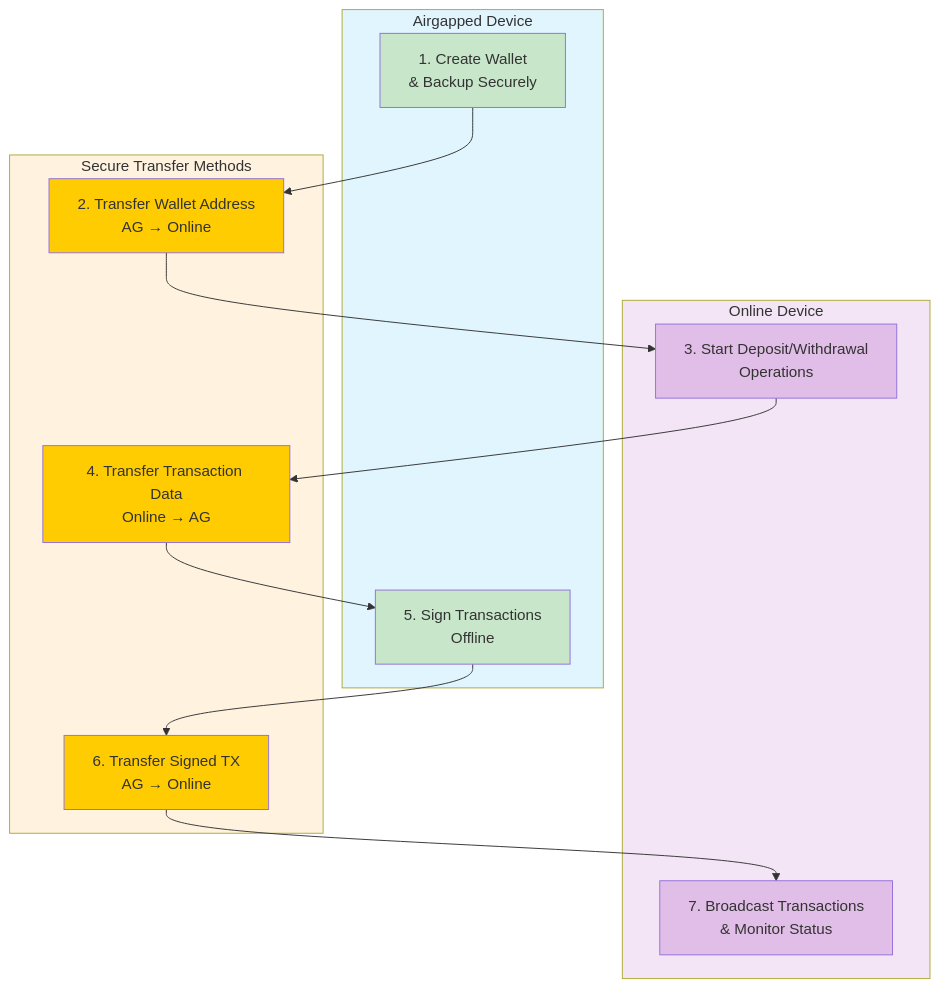
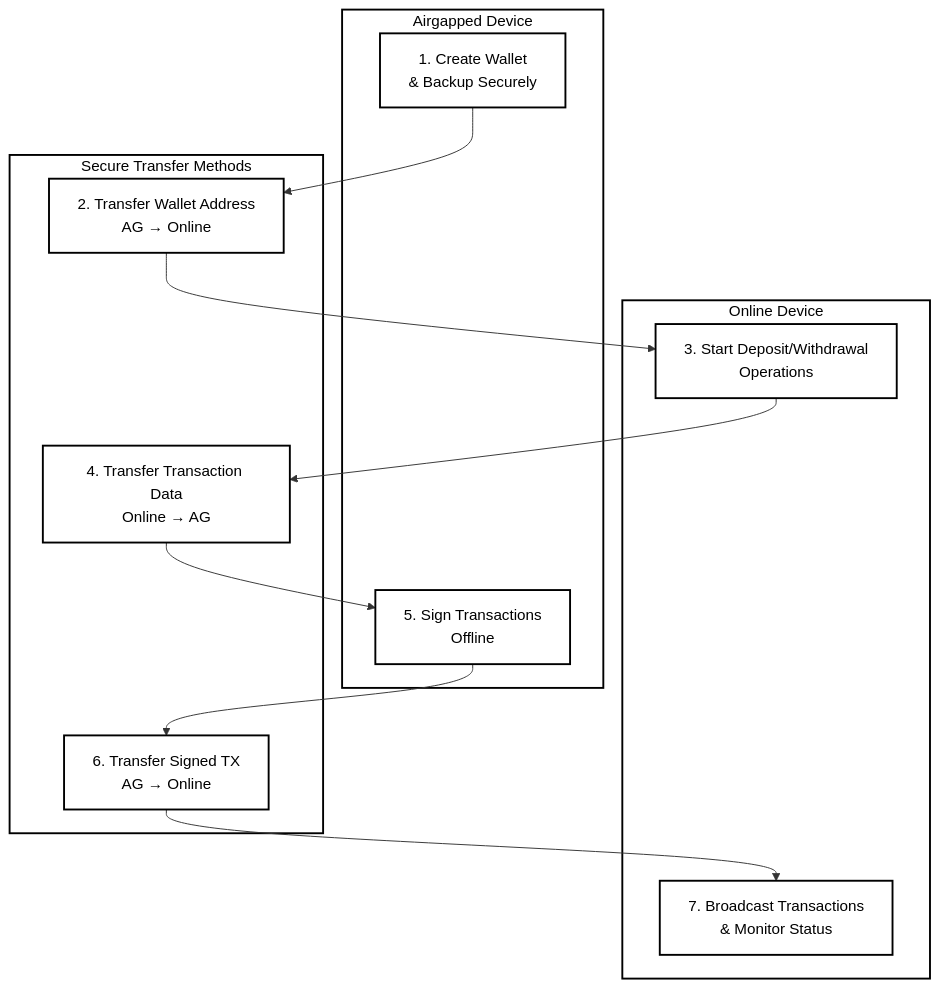
One commit to chainwayxyz/clementine-cli changed the diagram in docs/README.md. Above: the diagram before and after it, drawn with Mermaid.

Commit message:
Update diagram styles for improved visibility in documentation

````diff
--- a/docs/README.md
+++ b/docs/README.md
@@ -37,36 +37,36 @@
 ```mermaid
 flowchart TB
     subgraph AG["Airgapped Device"]
         A["1. Create Wallet<br/>& Backup Securely"]
         E["5. Sign Transactions<br/>Offline"]
     end
     
     subgraph ON["Online Device"]
         C["3. Start Deposit/Withdrawal<br/>Operations"]
         G["7. Broadcast Transactions<br/>& Monitor Status"]
     end
     
     subgraph TR["Secure Transfer Methods"]
         B["2. Transfer Wallet Address<br/>AG → Online"]
         D["4. Transfer Transaction Data<br/>Online → AG"]
         F["6. Transfer Signed TX<br/>AG → Online"]
     end
     
     A --> B
     B --> C
     C --> D
     D --> E
     E --> F
     F --> G
     
-    style AG fill:#e1f5fe
-    style ON fill:#f3e5f5
-    style TR fill:#fff3e0
-    style A fill:#c8e6c9
-    style E fill:#c8e6c9
-    style C fill:#e1bee7
-    style G fill:#e1bee7
-    style B fill:#ffcc02
-    style D fill:#ffcc02
-    style F fill:#ffcc02
+    style AG fill:#fff,color:#000,stroke:#000,stroke-width:2px
+    style ON fill:#fff,color:#000,stroke:#000,stroke-width:2px
+    style TR fill:#fff,color:#000,stroke:#000,stroke-width:2px
+    style A fill:#fff,color:#000,stroke:#000,stroke-width:2px
+    style E fill:#fff,color:#000,stroke:#000,stroke-width:2px
+    style C fill:#fff,color:#000,stroke:#000,stroke-width:2px
+    style G fill:#fff,color:#000,stroke:#000,stroke-width:2px
+    style B fill:#fff,color:#000,stroke:#000,stroke-width:2px
+    style D fill:#fff,color:#000,stroke:#000,stroke-width:2px
+    style F fill:#fff,color:#000,stroke:#000,stroke-width:2px
 ```
````
